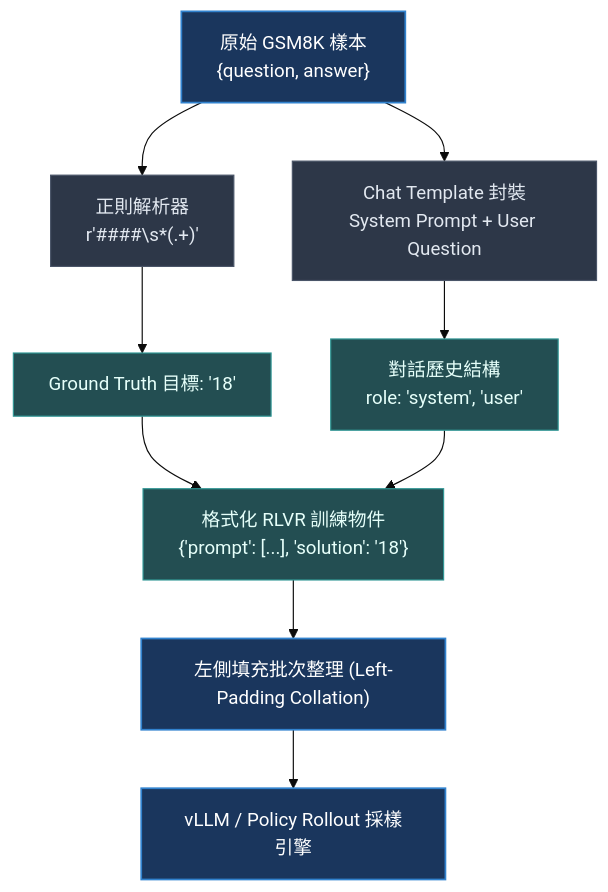
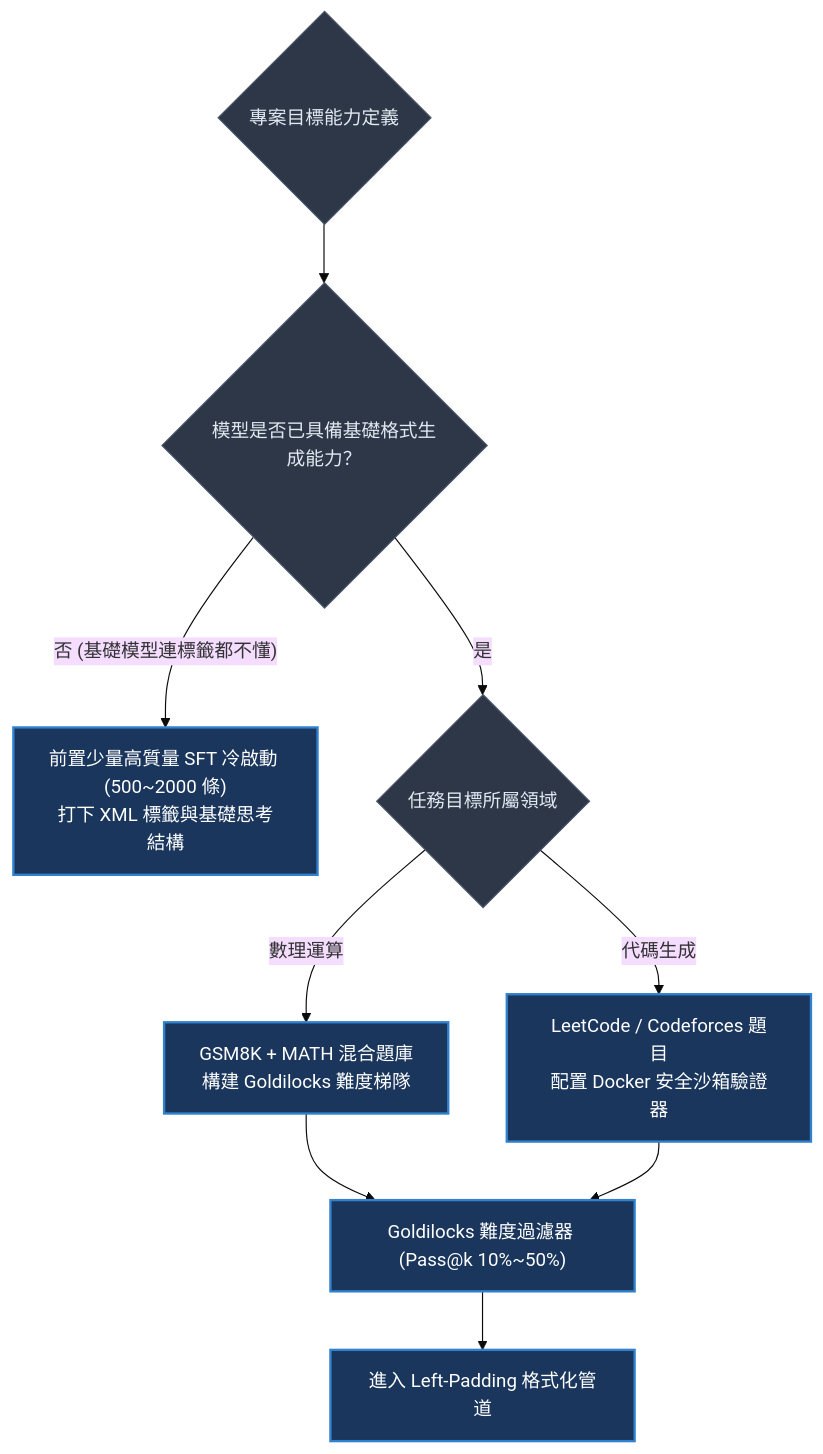
Before and after one commit to cwleung/post-training: the second of 4 diagrams in rlvr/tutorials/01_data.md, drawn with Mermaid (base theme). The commit also changed other lines of this file and 46 other files, not shown here.

````diff
--- a/rlvr/tutorials/01_data.md
+++ b/rlvr/tutorials/01_data.md
@@ -78,21 +58,18 @@
 ```mermaid
 flowchart TD
-    RAW["原始 GSM8K 樣本<br/>{question, answer}"] --> EXT["正則解析器<br/>r'####\s*(.+)'"]
-    RAW --> MSG["Chat Template 封裝<br/>System Prompt + User Question"]
+    START{"專案目標能力定義"} --> T1{"模型是否已具備基礎格式生成能力？"}
+    T1 -- "否 (基礎模型連標籤都不懂)" --> SFT_PHASE["前置少量高質量 SFT 冷啟動 (500~2000 條)<br/>打下 XML 標籤與基礎思考結構"]
+    T1 -- "是" --> DOMAIN{"任務目標所屬領域"}
     
-    EXT --> GT["Ground Truth 目標: '18'"]
-    MSG --> PMT["對話歷史結構<br/>role: 'system', 'user'"]
+    DOMAIN -- "數理運算" --> MATH_FLOW["GSM8K + MATH 混合題庫<br/>構建 Goldilocks 難度梯隊"]
+    DOMAIN -- "代碼生成" --> CODE_FLOW["LeetCode / Codeforces 題目<br/>配置 Docker 安全沙箱驗證器"]
     
-    GT --> DS["格式化 RLVR 訓練物件<br/>{'prompt': [...], 'solution': '18'}"]
-    PMT --> DS
-    
-    DS --> COLL["左側填充批次整理 (Left-Padding Collation)"]
-    COLL --> ROLL["vLLM / Policy Rollout 採樣引擎"]
+    MATH_FLOW --> FILTER["Goldilocks 難度過濾器 (Pass@k 10%~50%)"]
+    CODE_FLOW --> FILTER
+    FILTER --> PIPE["進入 Left-Padding 格式化管道"]
 
-    classDef stage fill:#1a365d,stroke:#3182ce,stroke-width:1.5px,color:#fff;
-    classDef io fill:#2d3748,stroke:#4a5568,color:#e2e8f0;
-    classDef target fill:#234e52,stroke:#319795,color:#e6fffa;
-    class RAW,COLL,ROLL stage;
-    class EXT,MSG io;
-    class GT,PMT,DS target;
+    classDef dec fill:#2d3748,stroke:#4a5568,color:#e2e8f0;
+    classDef opt fill:#1a365d,stroke:#3182ce,stroke-width:2px,color:#fff;
+    class START,T1,DOMAIN dec;
+    class SFT_PHASE,MATH_FLOW,CODE_FLOW,FILTER,PIPE opt;
 ```
````
